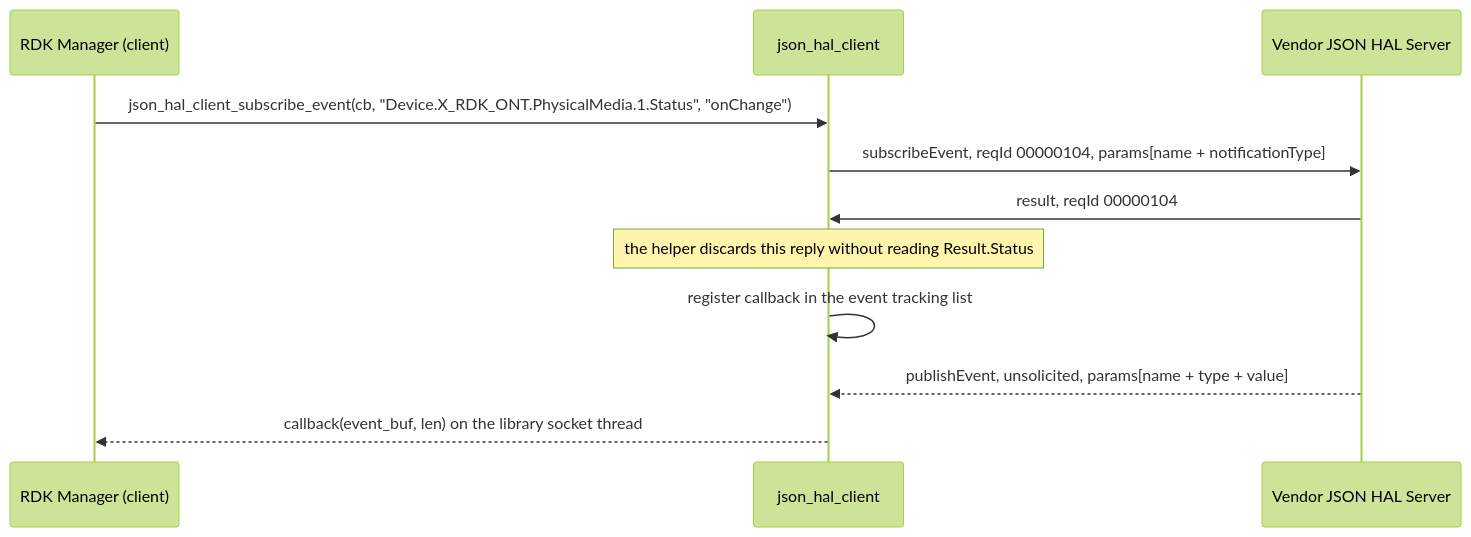
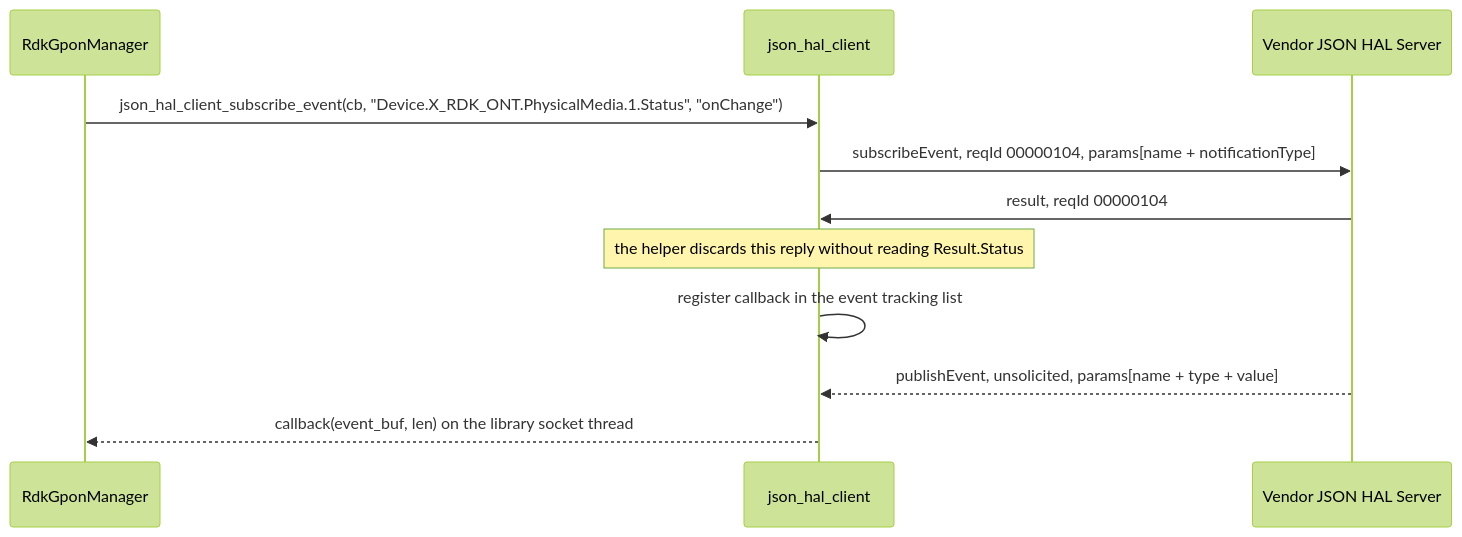
One commit to Blitzy-Sky/gpon-manager changed the second of 2 diagrams in docs/pages/halSpecDetailed.md. Above: the diagram before and after it, drawn with Mermaid (forest theme). The commit also changed other lines of this file and 2 other files, not shown here.

````diff
--- a/docs/pages/halSpecDetailed.md
+++ b/docs/pages/halSpecDetailed.md
@@ -1120,13 +779,13 @@
 ```mermaid
 sequenceDiagram
-    participant Mgr as RDK Manager (client)
+    participant Mgr as RdkGponManager
     participant Cli as json_hal_client
     participant Srv as Vendor JSON HAL Server
     Mgr->>Cli: json_hal_client_subscribe_event(cb, "Device.X_RDK_ONT.PhysicalMedia.1.Status", "onChange")
     Cli->>Srv: subscribeEvent, reqId 00000104, params[name + notificationType]
     Srv->>Cli: result, reqId 00000104
     note over Cli: the helper discards this reply without reading Result.Status
     Cli->>Cli: register callback in the event tracking list
     Srv-->>Cli: publishEvent, unsolicited, params[name + type + value]
     Cli-->>Mgr: callback(event_buf, len) on the library socket thread
 ```
````
